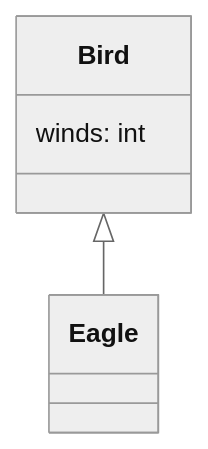
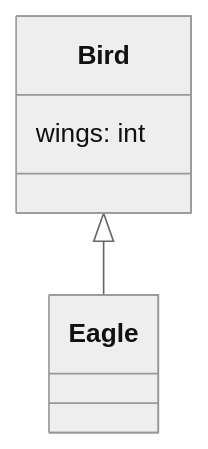
One commit to EricWebsmith/pydantic_mermaid changed the diagram in examples/animals_birds.md. Above: the diagram before and after it, drawn with Mermaid (neutral theme). The commit also changed 19 other files, not shown here.

````diff
--- a/examples/animals_birds.md
+++ b/examples/animals_birds.md
@@ -1,12 +1,12 @@
 ```mermaid
 classDiagram
     class Bird {
-        winds: int
+        wings: int
     }
 
     class Eagle {
     }
 
 
     Bird <|-- Eagle
 ```
````
